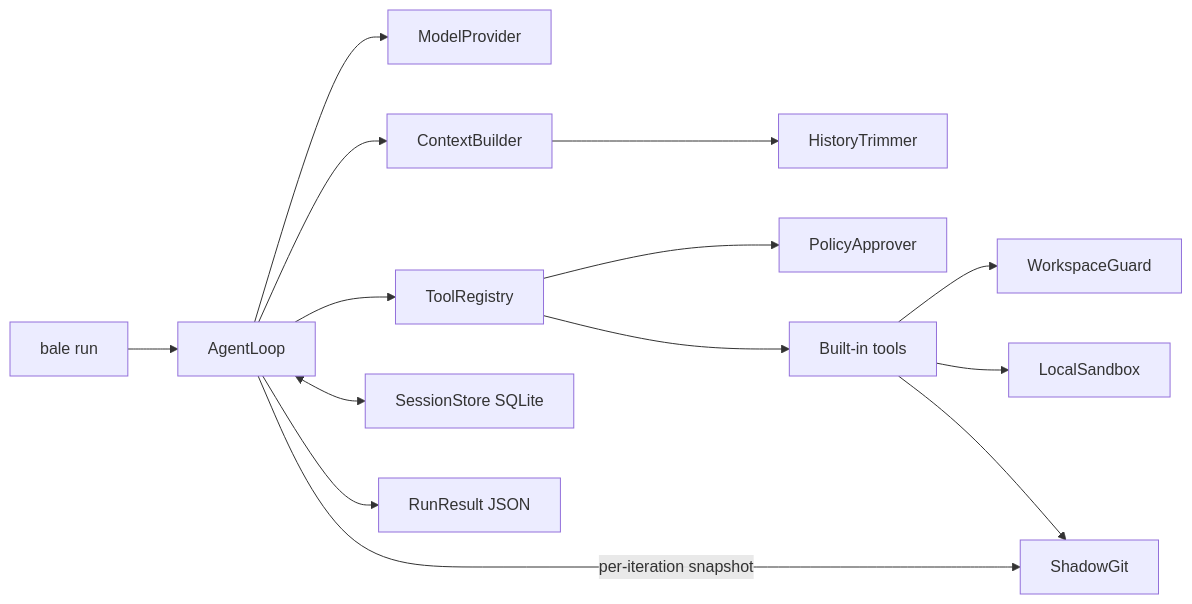
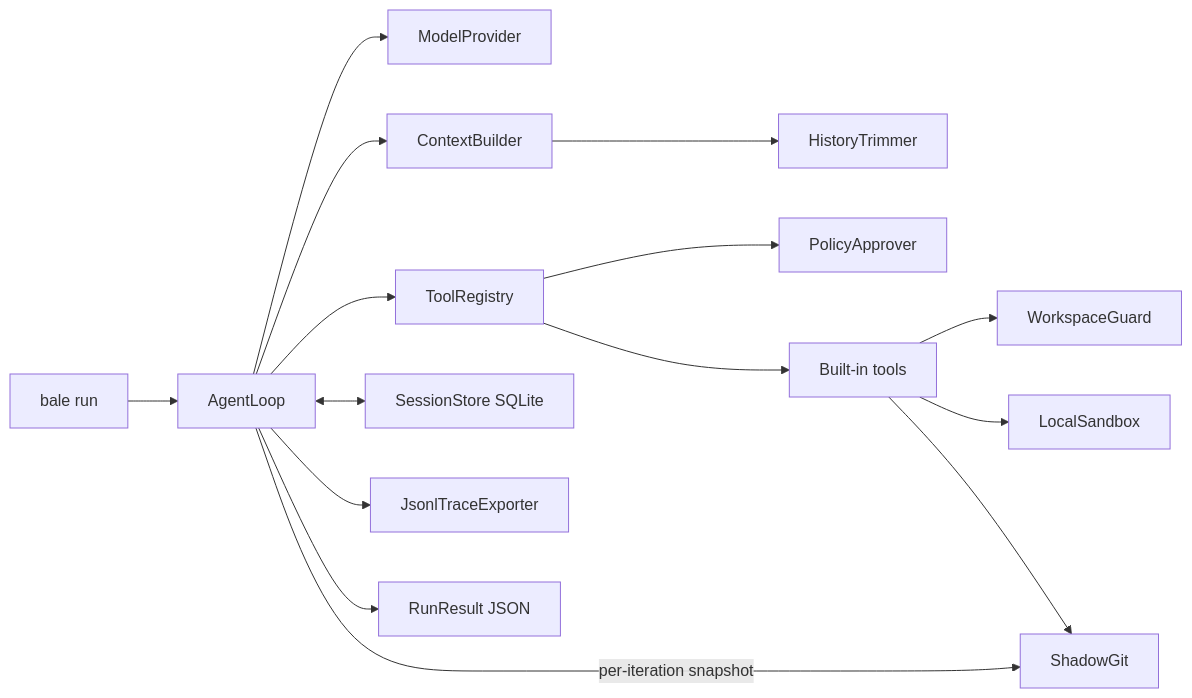
Before and after one commit to Soleil-gzm/Bale_Coding_Agent_Harness: the second of 5 diagrams in docs/architecture.md, drawn with Mermaid. The commit also changed other lines of this file and 2 other files, not shown here.

Commit message:
docs: document b4 trace and cost

````diff
--- a/docs/architecture.md
+++ b/docs/architecture.md
@@ -66,16 +66,17 @@
 ```mermaid
 flowchart LR
     CLI[bale run] --> Loop[AgentLoop]
     Loop --> Provider[ModelProvider]
     Loop --> Registry[ToolRegistry]
     Loop --> Context[ContextBuilder]
     Context --> Trimmer[HistoryTrimmer]
     Loop <--> Session[SessionStore SQLite]
+    Loop --> Trace[JsonlTraceExporter]
     Registry --> Approval[PolicyApprover]
     Registry --> Tools[Built-in tools]
     Tools --> Guard[WorkspaceGuard]
     Tools --> Sandbox[LocalSandbox]
     Tools --> Shadow[ShadowGit]
     Loop -->|per-iteration snapshot| Shadow
     Loop --> Result[RunResult JSON]
 ```
````
